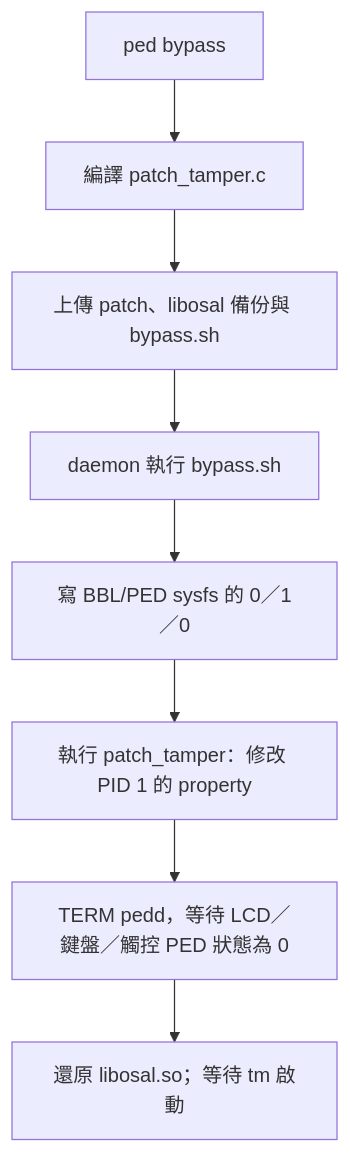
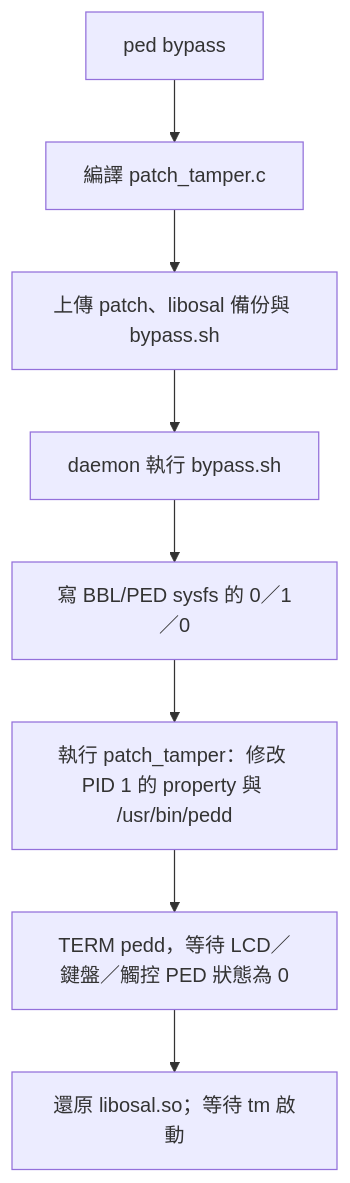
One commit to zhao-rui-NB/pax-q80-hackkit changed the seventh of 9 diagrams in docs/technical-flows.md. Above: the diagram before and after it, drawn with Mermaid. The commit also changed other lines of this file and 5 other files, not shown here.

First line of the commit message:
Add pedd handoff patch for cleared secure keys

````diff
--- a/docs/technical-flows.md
+++ b/docs/technical-flows.md
@@ -136,10 +136,10 @@
 ```mermaid
 flowchart TD
     P["ped bypass"] --> C["編譯 patch_tamper.c"]
     C --> U["上傳 patch、libosal 備份與 bypass.sh"]
     U --> S["daemon 執行 bypass.sh"]
     S --> V["寫 BBL/PED sysfs 的 0／1／0"]
-    V --> T["執行 patch_tamper：修改 PID 1 的 property"]
+    V --> T["執行 patch_tamper：修改 PID 1 的 property 與 /usr/bin/pedd"]
     T --> K["TERM pedd，等待 LCD／鍵盤／觸控 PED 狀態為 0"]
     K --> L["還原 libosal.so；等待 tm 啟動"]
 ```
````
